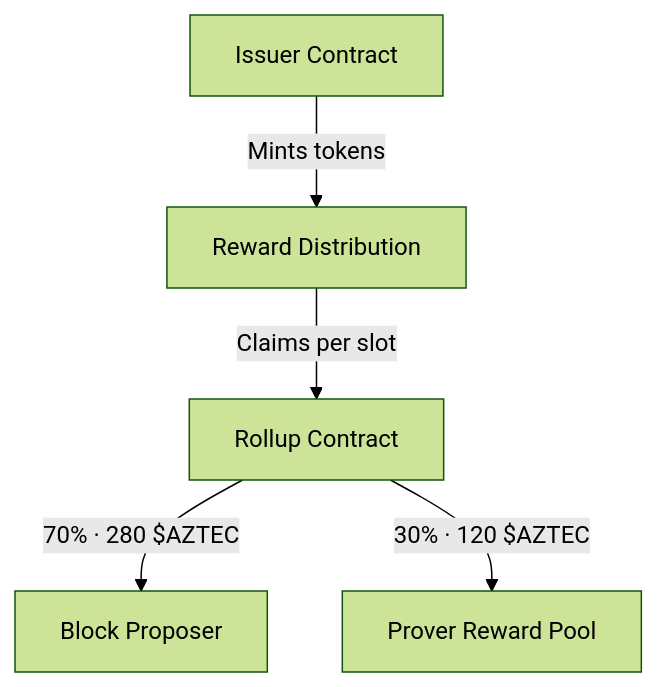
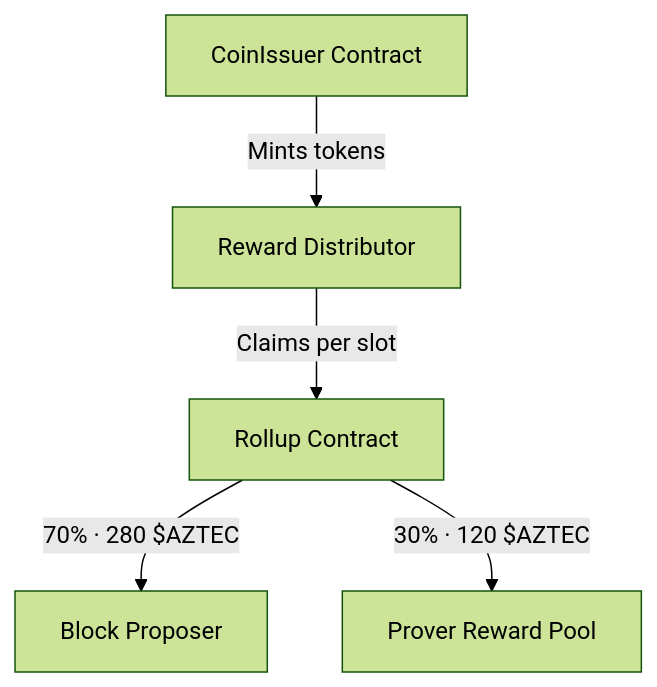
The diagram in docs/docs-network/concepts/economics/index.md (jp4g/aztec-packages-note-discovery), drawn with Mermaid (forest theme) before and after one commit. The commit also changed other lines of this file and 7 other files, not shown here.

````diff
--- a/docs/docs-network/concepts/economics/index.md
+++ b/docs/docs-network/concepts/economics/index.md
@@ -31,7 +31,7 @@
 ```mermaid
 flowchart TD
-    Issuer[Issuer Contract] -->|Mints tokens| Dist[Reward Distribution]
+    CoinIssuer[CoinIssuer Contract] -->|Mints tokens| Dist[Reward Distributor]
     Dist -->|Claims per slot| Rollup[Rollup Contract]
     Rollup -->|70% · 280 $AZTEC| Seq[Block Proposer]
     Rollup -->|30% · 120 $AZTEC| ProverPool[Prover Reward Pool]
 ```
````
